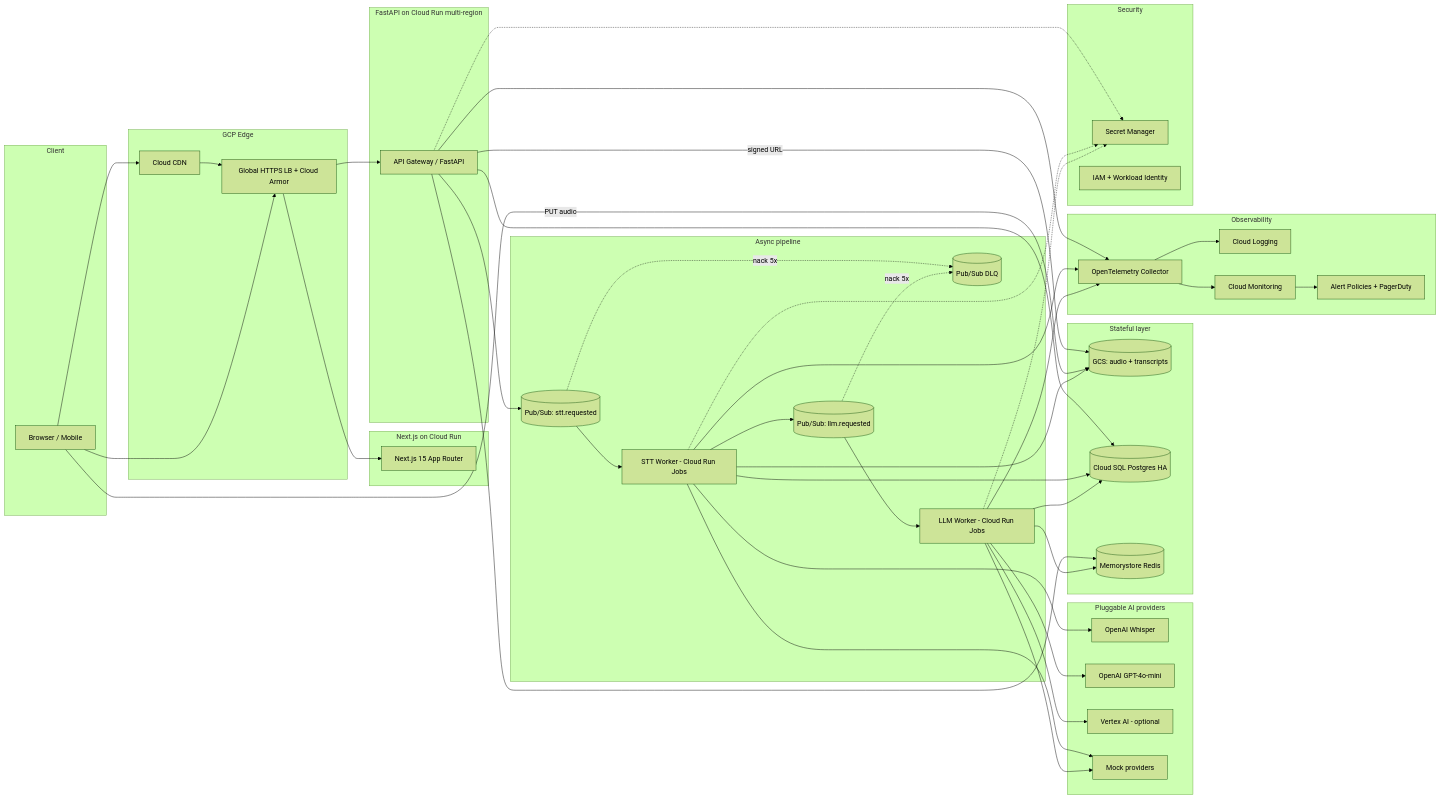
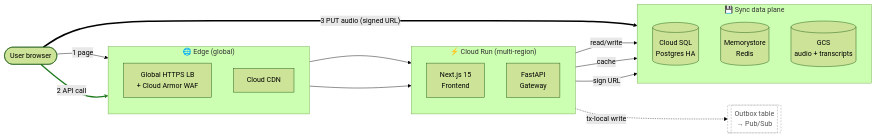
One commit to jongos-lst/AI-STT-Infra changed the first of 8 diagrams in ARCHITECTURE.md. Above: the diagram before and after it, drawn with Mermaid (forest theme). The commit also changed other lines of this file, not shown here.

First line of the commit message:
docs: redraw ARCHITECTURE.md diagrams for readability

````diff
--- a/ARCHITECTURE.md
+++ b/ARCHITECTURE.md
@@ -11,87 +15,37 @@
 ```mermaid
 flowchart LR
-  subgraph Client
-    U[Browser / Mobile]
+  U([User browser])
+
+  subgraph Edge["🌐 Edge (global)"]
+    direction TB
+    LB["Global HTTPS LB<br/>+ Cloud Armor WAF"]
+    CDN["Cloud CDN"]
   end
 
-  subgraph Edge[GCP Edge]
-    CDN[Cloud CDN]
-    LB[Global HTTPS LB + Cloud Armor]
+  subgraph Compute["⚡ Cloud Run (multi-region)"]
+    direction TB
+    FE["Next.js 15<br/>Frontend"]
+    API["FastAPI<br/>Gateway"]
   end
 
-  subgraph Frontend[Next.js on Cloud Run]
-    FE[Next.js 15 App Router]
+  subgraph Sync["💾 Sync data plane"]
+    direction TB
+    PG[("Cloud SQL<br/>Postgres HA")]
+    RC[("Memorystore<br/>Redis")]
+    GCS[("GCS<br/>audio + transcripts")]
   end
 
-  subgraph API[FastAPI on Cloud Run multi-region]
-    GW[API Gateway / FastAPI]
-  end
+  Outbox[["Outbox table<br/>→ Pub/Sub"]]:::ghost
 
-  subgraph Async[Async pipeline]
-    PS[(Pub/Sub: stt.requested)]
-    PS2[(Pub/Sub: llm.requested)]
-    DLQ[(Pub/Sub DLQ)]
-    STTW[STT Worker - Cloud Run Jobs]
-    LLMW[LLM Worker - Cloud Run Jobs]
-  end
+  U -- 1 page --> CDN --> FE
+  U -- 2 API call --> LB --> API
+  U == 3 PUT audio (signed URL) ==> GCS
 
-  subgraph Providers[Pluggable AI providers]
-    P1[OpenAI Whisper]
-    P2[OpenAI GPT-4o-mini]
-    P3[Vertex AI - optional]
-    P4[Mock providers]
-  end
+  API -- read/write --> PG
+  API -- cache --> RC
+  API -- sign URL --> GCS
+  API -. tx-local write .-> Outbox
 
-  subgraph Data[Stateful layer]
-    GCS[(GCS: audio + transcripts)]
-    PG[(Cloud SQL Postgres HA)]
-    RC[(Memorystore Redis)]
-  end
-
-  subgraph Obs[Observability]
-    OT[OpenTelemetry Collector]
-    CL[Cloud Logging]
-    CM[Cloud Monitoring]
-    AL[Alert Policies + PagerDuty]
-  end
-
-  subgraph Sec[Security]
-    SM[Secret Manager]
-    IAM[IAM + Workload Identity]
-  end
-
-  U --> CDN --> LB --> FE
-  U --> LB --> GW
-
-  GW -- signed URL --> GCS
-  U -- PUT audio --> GCS
-  GW --> PG
-  GW --> RC
-  GW --> PS
-
-  PS --> STTW --> P1
-  STTW --> P4
-  STTW --> PG
-  STTW --> GCS
-  STTW --> PS2
-
-  PS2 --> LLMW --> P2
-  LLMW --> P3
-  LLMW --> P4
-  LLMW --> PG
-  LLMW --> RC
-
-  PS -. nack 5x .-> DLQ
-  PS2 -. nack 5x .-> DLQ
-
-  GW --> OT
-  STTW --> OT
-  LLMW --> OT
-  OT --> CL
-  OT --> CM
-  CM --> AL
-
-  GW -.-> SM
-  STTW -.-> SM
-  LLMW -.-> SM
+  classDef ghost fill:#fff,stroke:#999,stroke-dasharray:4 3,color:#555;
+  linkStyle 2 stroke:#1f7a1f,stroke-width:3px;
 ```
````
